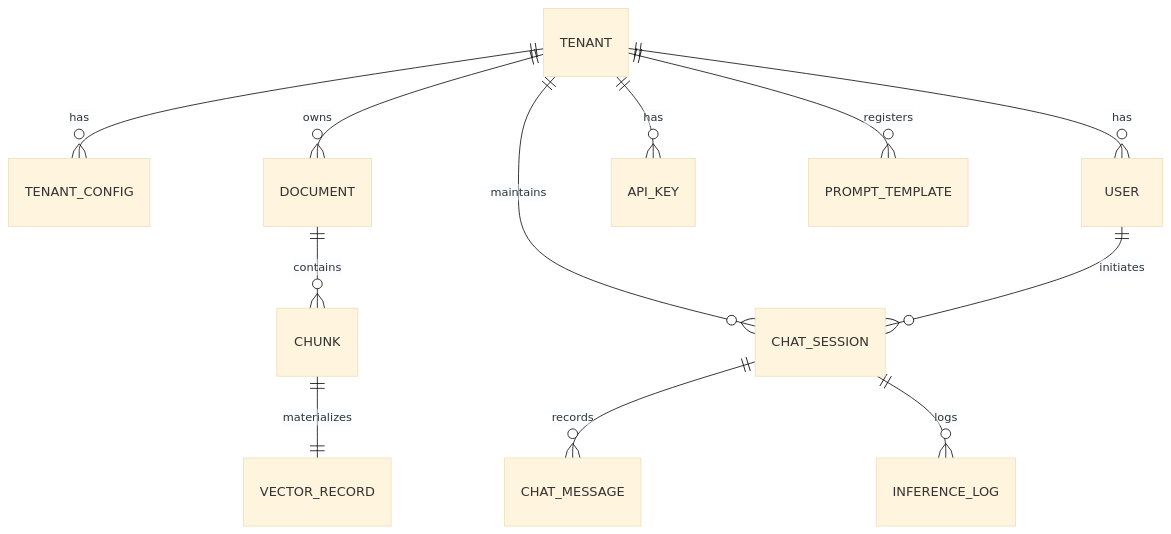
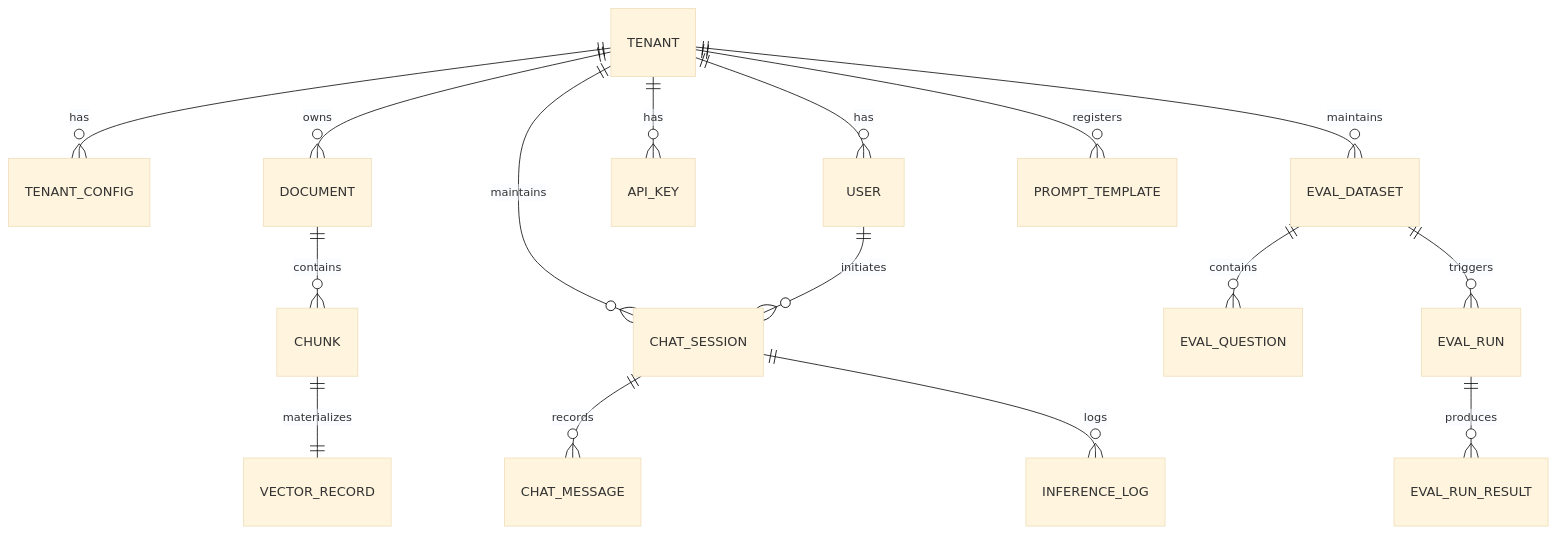
One commit to prat3010/retriever changed the second of 2 diagrams in docs/features/core-platform.md. Above: the diagram before and after it, drawn with Mermaid (base theme). The commit also changed other lines of this file and 53 other files, not shown here.

````diff
--- a/docs/features/core-platform.md
+++ b/docs/features/core-platform.md
@@ -174,14 +177,18 @@
 ```mermaid
 erDiagram
     TENANT ||--o{ TENANT_CONFIG : has
     TENANT ||--o{ DOCUMENT : owns
     TENANT ||--o{ CHAT_SESSION : maintains
     TENANT ||--o{ USER : has
     TENANT ||--o{ API_KEY : has
+    TENANT ||--o{ EVAL_DATASET : maintains
     DOCUMENT ||--o{ CHUNK : contains
     CHUNK ||--|| VECTOR_RECORD : materializes
     TENANT ||--o{ PROMPT_TEMPLATE : registers
     CHAT_SESSION ||--o{ CHAT_MESSAGE : records
     CHAT_SESSION ||--o{ INFERENCE_LOG : logs
     USER ||--o{ CHAT_SESSION : initiates
+    EVAL_DATASET ||--o{ EVAL_QUESTION : contains
+    EVAL_DATASET ||--o{ EVAL_RUN : triggers
+    EVAL_RUN ||--o{ EVAL_RUN_RESULT : produces
 ```
````
